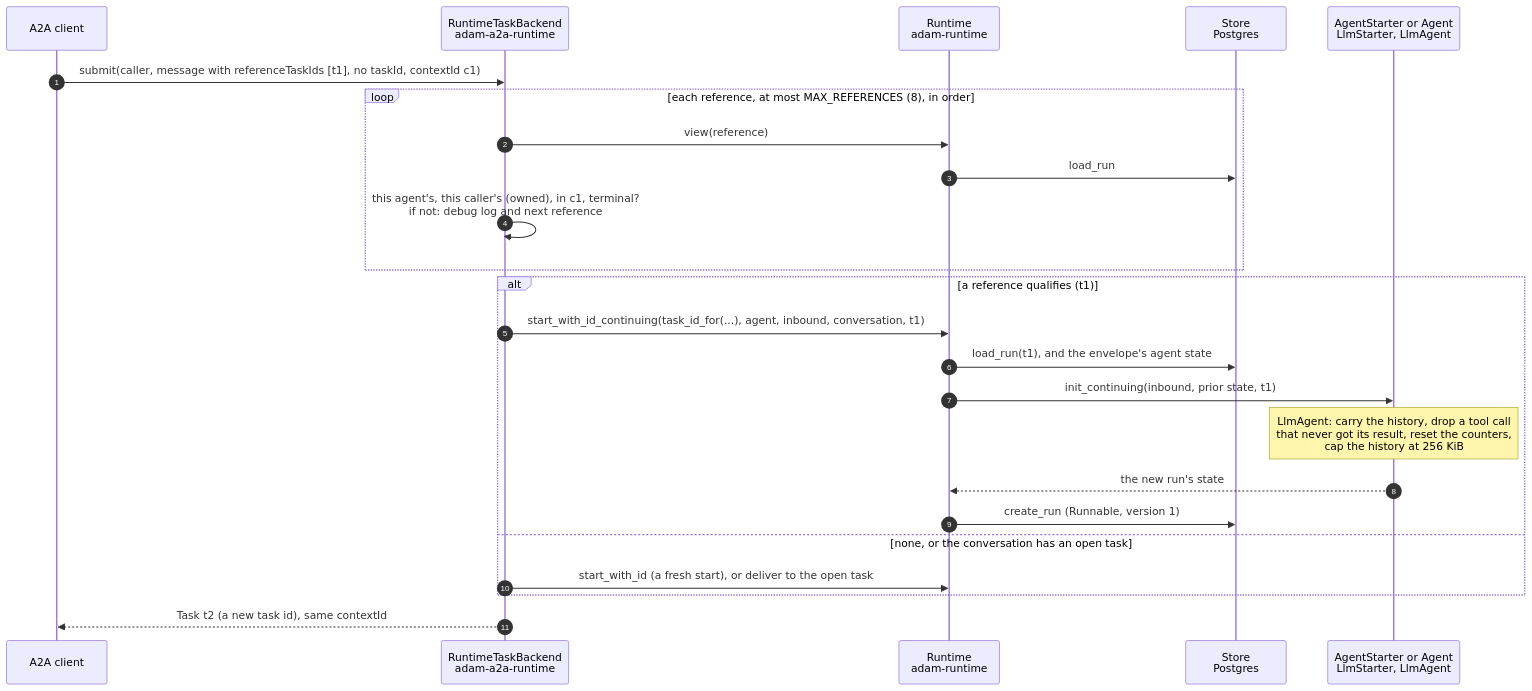
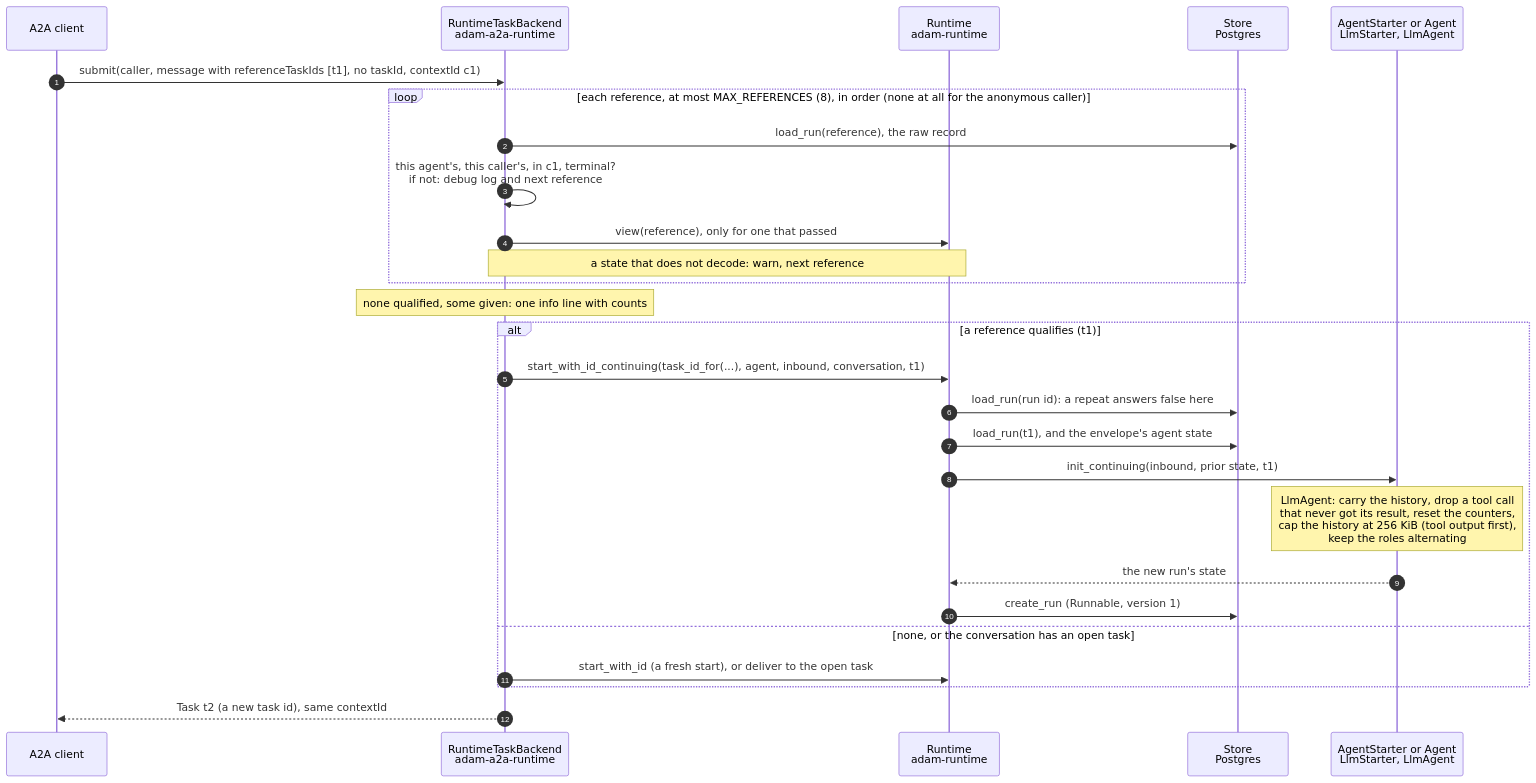
Before and after one commit to vymalo/another-adam-rs: the seventh of 24 diagrams in docs/architecture.md, drawn with Mermaid. The commit also changed other lines of this file and 6 other files, not shown here.

````diff
--- a/docs/architecture.md
+++ b/docs/architecture.md
@@ -741,27 +741,30 @@
 ```mermaid
 sequenceDiagram
     autonumber
     participant C as A2A client
     participant B as RuntimeTaskBackend<br/>adam-a2a-runtime
     participant R as Runtime<br/>adam-runtime
     participant DB as Store<br/>Postgres
     participant A as AgentStarter or Agent<br/>LlmStarter, LlmAgent
 
     C->>B: submit(caller, message with referenceTaskIds [t1], no taskId, contextId c1)
-    loop each reference, at most MAX_REFERENCES (8), in order
-        B->>R: view(reference)
-        R->>DB: load_run
-        B->>B: this agent's, this caller's (owned), in c1, terminal?<br/>if not: debug log and next reference
+    loop each reference, at most MAX_REFERENCES (8), in order (none at all for the anonymous caller)
+        B->>DB: load_run(reference), the raw record
+        B->>B: this agent's, this caller's, in c1, terminal?<br/>if not: debug log and next reference
+        B->>R: view(reference), only for one that passed
+        Note over B,R: a state that does not decode: warn, next reference
     end
+    Note over B: none qualified, some given: one info line with counts
     alt a reference qualifies (t1)
         B->>R: start_with_id_continuing(task_id_for(...), agent, inbound, conversation, t1)
+        R->>DB: load_run(run id): a repeat answers false here
         R->>DB: load_run(t1), and the envelope's agent state
         R->>A: init_continuing(inbound, prior state, t1)
-        Note over A: LlmAgent: carry the history, drop a tool call<br/>that never got its result, reset the counters,<br/>cap the history at 256 KiB
+        Note over A: LlmAgent: carry the history, drop a tool call<br/>that never got its result, reset the counters,<br/>cap the history at 256 KiB (tool output first),<br/>keep the roles alternating
         A-->>R: the new run's state
         R->>DB: create_run (Runnable, version 1)
     else none, or the conversation has an open task
         B->>R: start_with_id (a fresh start), or deliver to the open task
     end
     B-->>C: Task t2 (a new task id), same contextId
 ```
````
